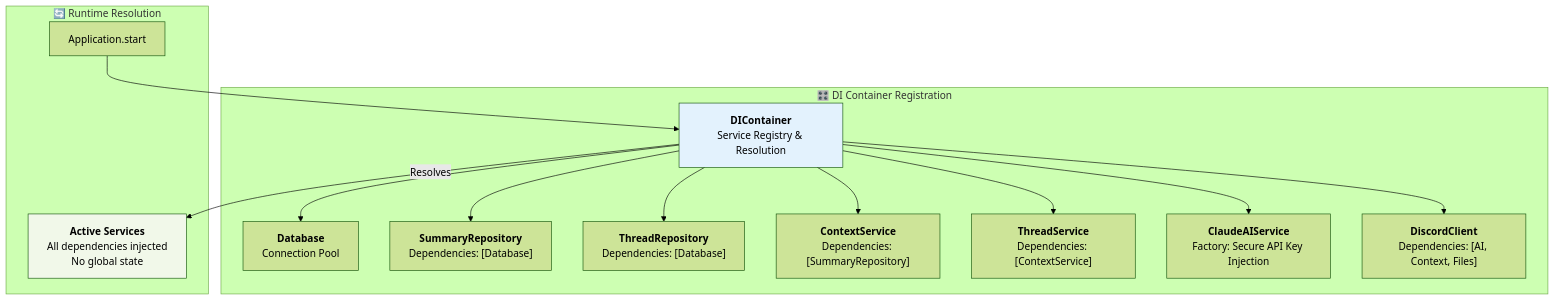
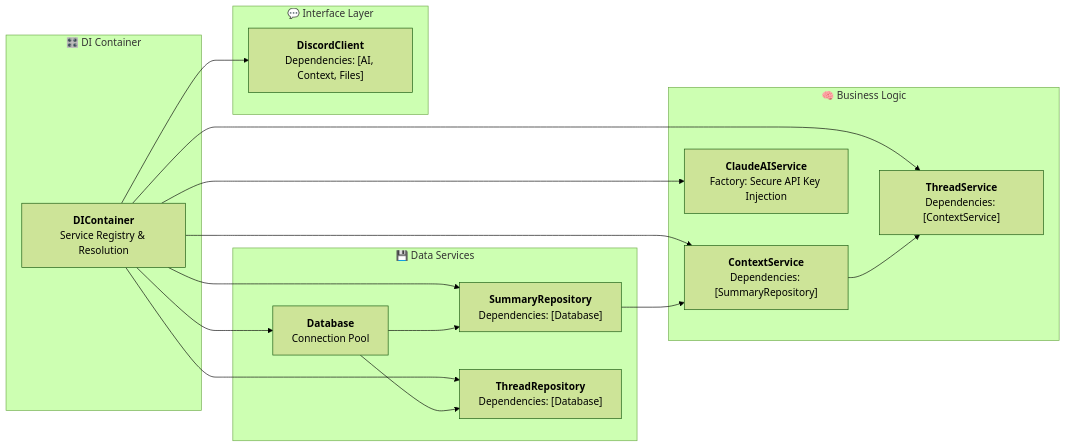
Before and after one commit to Surebob/discord-claude: the fourth of 13 diagrams in README.md, drawn with Mermaid (forest theme). The commit also changed other lines of this file, not shown here.

````diff
--- a/README.md
+++ b/README.md
@@ -168,39 +181,43 @@
 ```mermaid
-graph TD
-    subgraph "🎛️ DI Container Registration"
+graph LR
+    subgraph "🎛️ DI Container"
         Container["`**DIContainer**
         Service Registry & Resolution`"]
-        
-        Container --> DB["`**Database**
+    end
+    
+    subgraph "💾 Data Services"
+        DB["`**Database**
         Connection Pool`"]
-        
-        Container --> SumRepo["`**SummaryRepository**
+        SumRepo["`**SummaryRepository**
         Dependencies: [Database]`"]
-        
-        Container --> ThreadRepo["`**ThreadRepository**
+        ThreadRepo["`**ThreadRepository**
         Dependencies: [Database]`"]
-        
-        Container --> Context["`**ContextService**
+    end
+    
+    subgraph "🧠 Business Logic"
+        Context["`**ContextService**
         Dependencies: [SummaryRepository]`"]
-        
-        Container --> Thread["`**ThreadService**
+        Thread["`**ThreadService**
         Dependencies: [ContextService]`"]
-        
-        Container --> AI["`**ClaudeAIService**
+        AI["`**ClaudeAIService**
         Factory: Secure API Key Injection`"]
-        
-        Container --> Discord["`**DiscordClient**
+    end
+    
+    subgraph "💬 Interface Layer"
+        Discord["`**DiscordClient**
         Dependencies: [AI, Context, Files]`"]
     end
     
-    subgraph "🔄 Runtime Resolution"
-        App[Application.start]
-        App --> Container
-        Container --> |Resolves| Services["`**Active Services**
-        All dependencies injected
-        No global state`"]
-    end
+    Container --> DB
+    Container --> SumRepo
+    Container --> ThreadRepo
+    Container --> Context
+    Container --> Thread
+    Container --> AI
+    Container --> Discord
     
-    style Container fill:#e3f2fd
-    style Services fill:#f1f8e9
+    DB --> SumRepo
+    DB --> ThreadRepo
+    SumRepo --> Context
+    Context --> Thread
 ```
````
